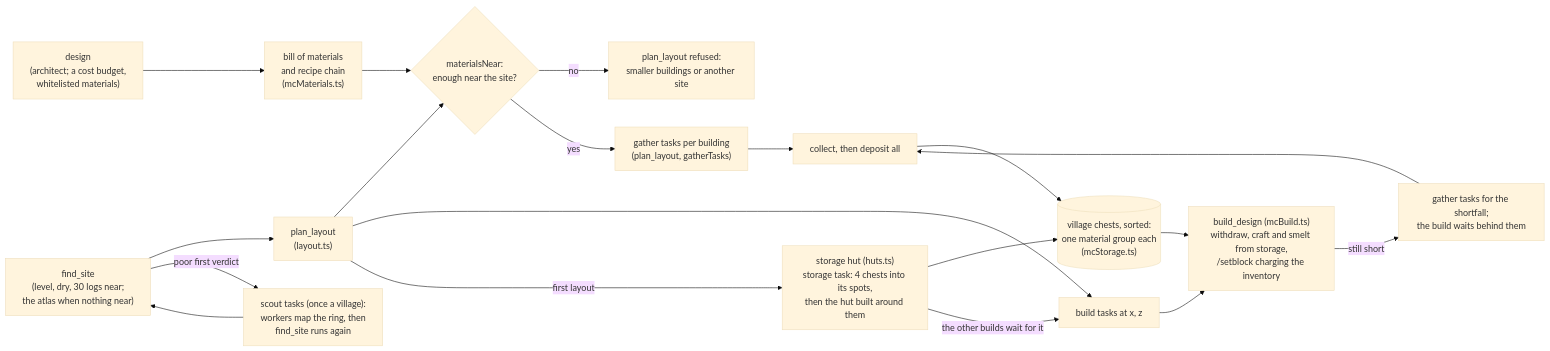
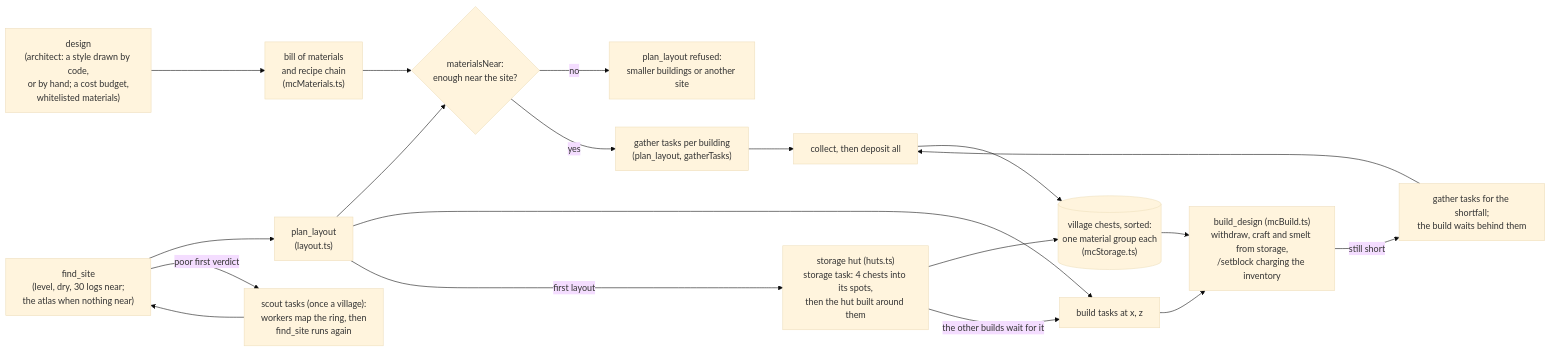
Before and after one commit to delphium226/MCAISandbox: diagram 13 of 14 in docs/ARCHITECTURE.md, drawn with Mermaid (base theme). The commit also changed other lines of this file and 3 other files, not shown here.

````diff
--- a/docs/ARCHITECTURE.md
+++ b/docs/ARCHITECTURE.md
@@ -568,20 +625,20 @@
 ```mermaid
 flowchart LR
   site["find_site<br/>(level, dry, 30 logs near;<br/>the atlas when nothing near)"] --> layout
   site -- "poor first verdict" --> scout["scout tasks (once a village):<br/>workers map the ring, then<br/>find_site runs again"] --> site
-  design["design<br/>(architect; a cost budget,<br/>whitelisted materials)"] --> bom["bill of materials<br/>and recipe chain<br/>(mcMaterials.ts)"]
+  design["design<br/>(architect: a style drawn by code,<br/>or by hand; a cost budget,<br/>whitelisted materials)"] --> bom["bill of materials<br/>and recipe chain<br/>(mcMaterials.ts)"]
   bom --> near{"materialsNear:<br/>enough near the site?"}
   near -- no --> refuse["plan_layout refused:<br/>smaller buildings or another site"]
   near -- yes --> tasks["gather tasks per building<br/>(plan_layout, gatherTasks)"]
   layout["plan_layout<br/>(layout.ts)"] --> near
   layout --> buildtask["build tasks at x, z"]
   tasks --> collect["collect, then deposit all"]
   collect --> storage[("village chests, sorted:<br/>one material group each<br/>(mcStorage.ts)")]
   layout -- "first layout" --> hut["storage hut (huts.ts)<br/>storage task: 4 chests into its spots,<br/>then the hut built around them"]
   hut --> storage
   hut -- "the other builds wait for it" --> buildtask
   storage --> build["build_design (mcBuild.ts)<br/>withdraw, craft and smelt from storage,<br/>/setblock charging the inventory"]
   buildtask --> build
   build -- "still short" --> requeue["gather tasks for the shortfall;<br/>the build waits behind them"]
   requeue --> collect
 ```
````
